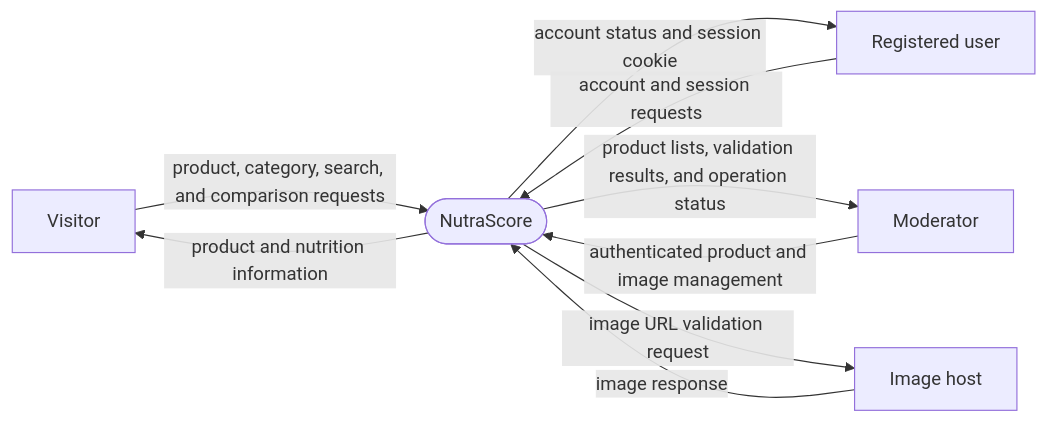
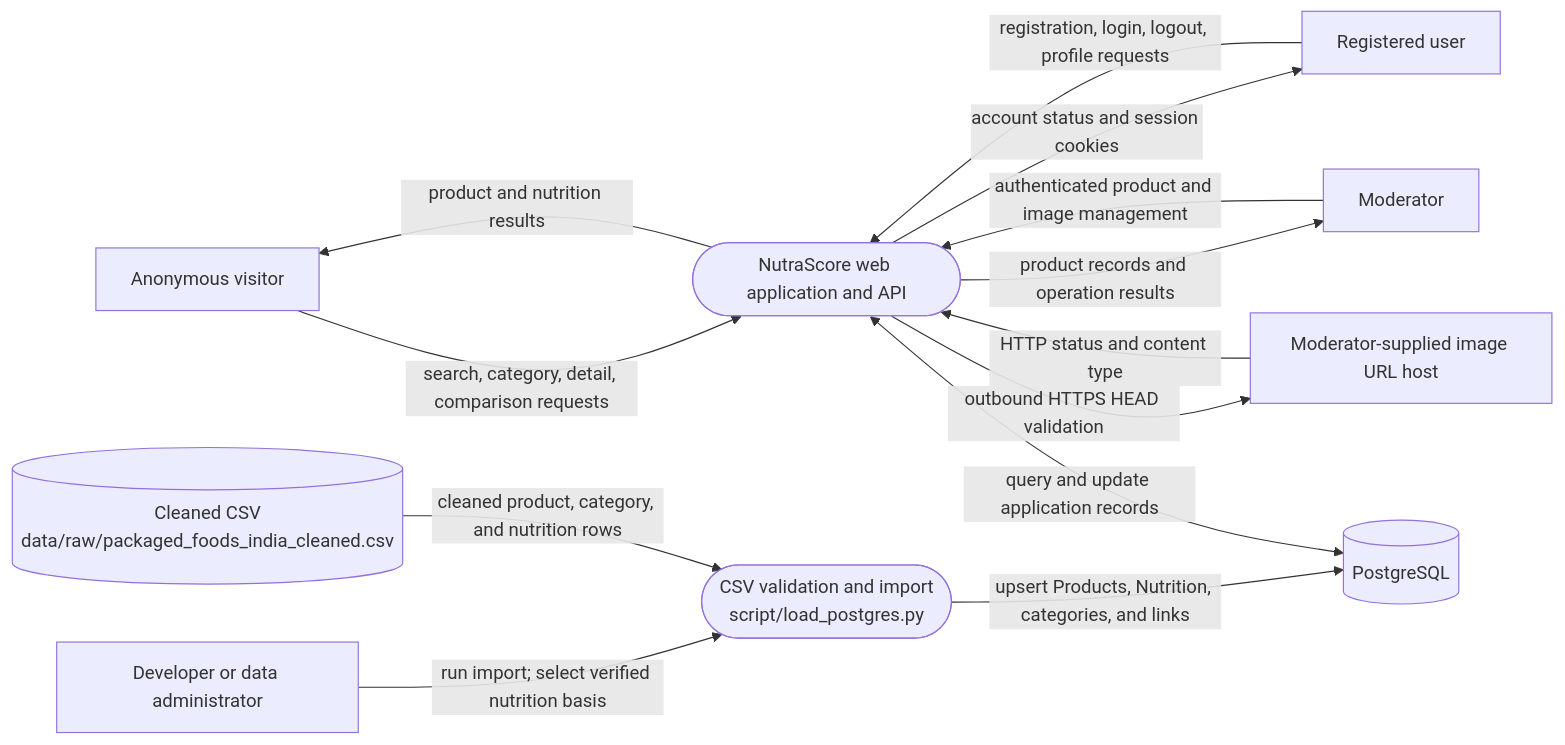
The diagram in docs/software-design/dfd-level-0.md (Nutrascore/nutrascore), drawn with Mermaid before and after one commit. The commit also changed other lines of this file and 6 other files, not shown here.

````diff
--- a/docs/software-design/dfd-level-0.md
+++ b/docs/software-design/dfd-level-0.md
@@ -3,17 +7,26 @@
 ```mermaid
 flowchart LR
-    G[Visitor]
+    V[Anonymous visitor]
     U[Registered user]
     M[Moderator]
-    X[Image host]
-    S(["NutraScore"])
+    A[Developer or data administrator]
+    CSV[(Cleaned CSV<br/>data/raw/packaged_foods_india_cleaned.csv)]
+    APP(["NutraScore web application and API"])
+    IMPORT(["CSV validation and import<br/>script/load_postgres.py"])
+    DB[(PostgreSQL)]
+    HOST[Moderator-supplied image URL host]
 
-    G -->|product, category, search, and comparison requests| S
-    S -->|product and nutrition information| G
-    U -->|account and session requests| S
-    S -->|account status and session cookie| U
-    M -->|authenticated product and image management| S
-    S -->|product lists, validation results, and operation status| M
-    S -->|image URL validation request| X
-    X -->|image response| S
+    V -->|search, category, detail, comparison requests| APP
+    APP -->|product and nutrition results| V
+    U -->|registration, login, logout, profile requests| APP
+    APP -->|account status and session cookies| U
+    M -->|authenticated product and image management| APP
+    APP -->|product records and operation results| M
+    APP -->|outbound HTTPS HEAD validation| HOST
+    HOST -->|HTTP status and content type| APP
+
+    A -->|run import; select verified nutrition basis| IMPORT
+    CSV -->|cleaned product, category, and nutrition rows| IMPORT
+    IMPORT -->|upsert Products, Nutrition, categories, and links| DB
+    APP <-->|query and update application records| DB
 ```
````
